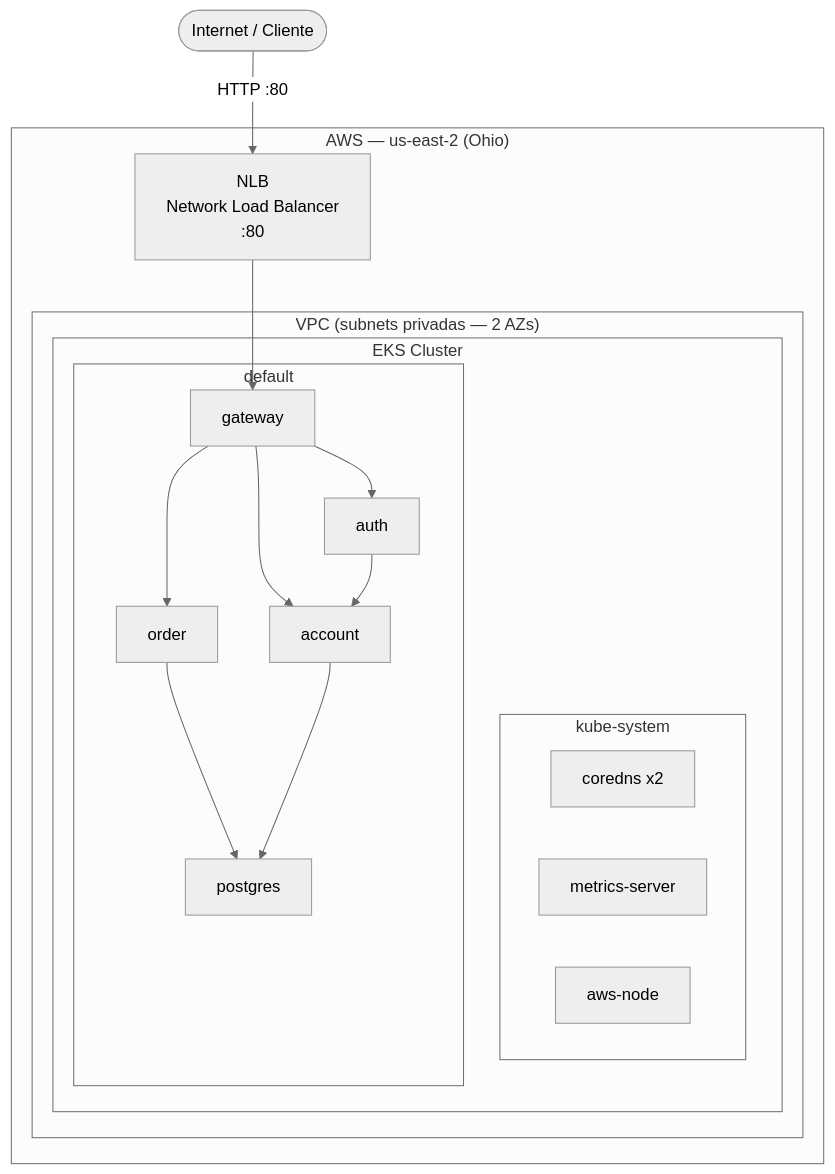
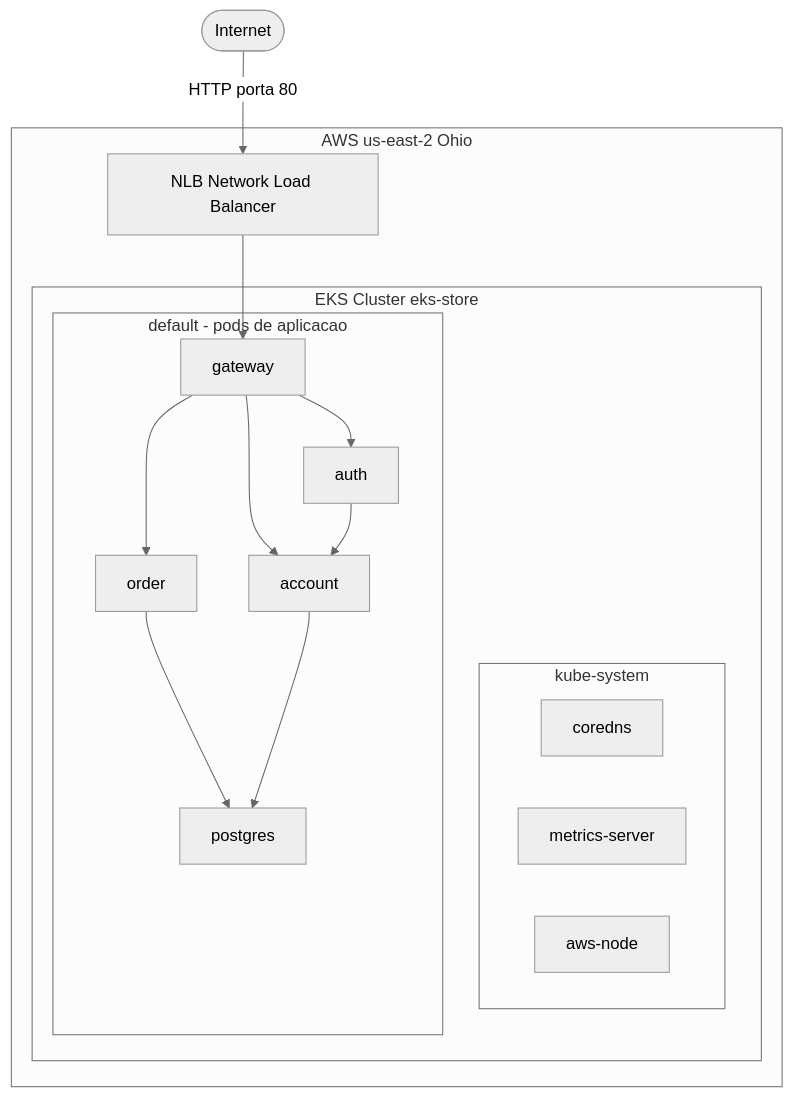
The diagram in docs/infra/aws.md (microservice-henry/pma.26.1), drawn with Mermaid (neutral theme) before and after one commit. The commit also changed 3 other files, not shown here.

Commit message:
fix: mermaid syntax errors and grey theme

````diff
--- a/docs/infra/aws.md
+++ b/docs/infra/aws.md
@@ -56,32 +56,32 @@
 ```mermaid
 graph TD
-    Internet([Internet / Cliente])
+    Internet([Internet]) -->|HTTP porta 80| NLB[NLB Network Load Balancer]
 
-    subgraph AWS["AWS — us-east-2 (Ohio)"]
-        NLB["NLB\nNetwork Load Balancer\n:80"]
+    subgraph aws["AWS us-east-2 Ohio"]
+        NLB
 
-        subgraph VPC["VPC (subnets privadas — 2 AZs)"]
-            subgraph EKS["EKS Cluster"]
-                subgraph SYS["kube-system"]
-                    DNS[coredns x2]
-                    METRICS[metrics-server]
-                    NODE[aws-node]
-                end
-                subgraph APP["default"]
-                    GW[gateway]
-                    Auth[auth]
-                    Acct[account]
-                    Order[order]
-                    PG[postgres]
-                end
+        subgraph eks["EKS Cluster eks-store"]
+            subgraph system["kube-system"]
+                DNS[coredns]
+                METRICS[metrics-server]
+                NODE[aws-node]
+            end
+
+            subgraph app["default - pods de aplicacao"]
+                GW[gateway]
+                Auth[auth]
+                Acct[account]
+                Order[order]
+                PG[postgres]
             end
         end
     end
 
-    Internet -->|HTTP :80| NLB
     NLB --> GW
-    GW --> Auth & Acct & Order
+    GW --> Auth
+    GW --> Acct
+    GW --> Order
     Auth --> Acct
     Order --> PG
     Acct --> PG
 ```
````
